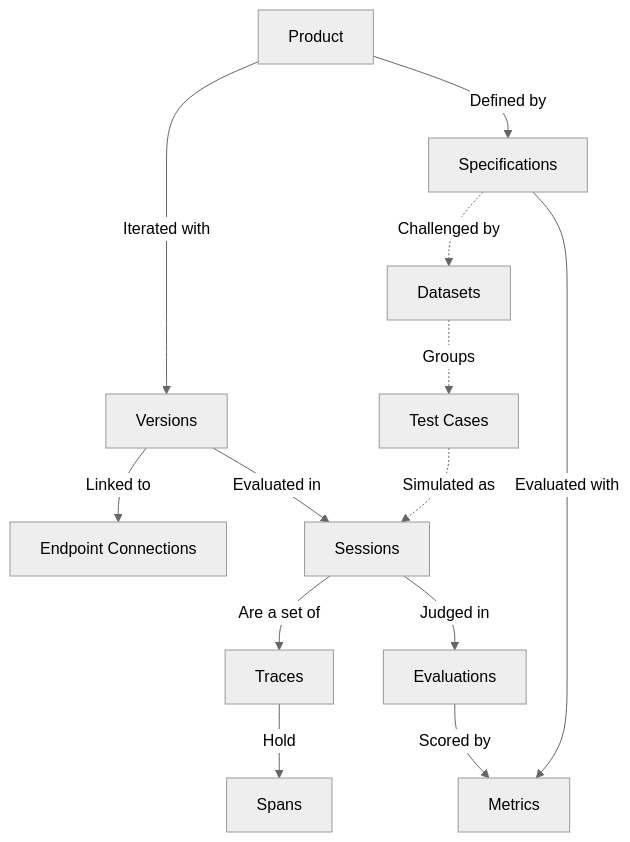
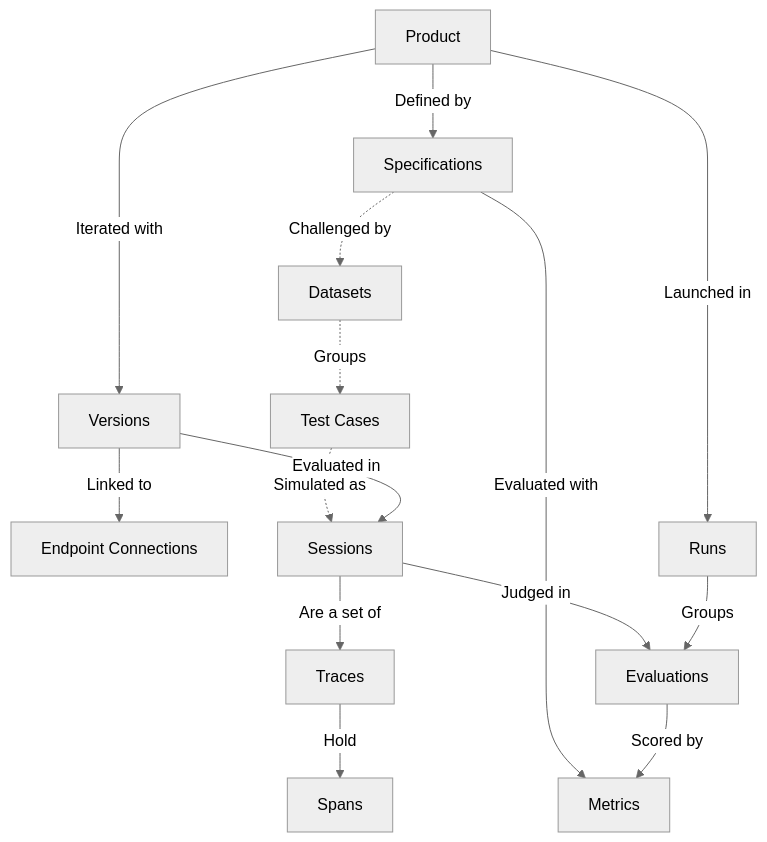
Before and after one commit to Galtea-AI/docs: the diagram in concepts/overview.mdx, drawn with Mermaid. The commit also changed other lines of this file and 116 other files, not shown here.

````diff
--- a/concepts/overview.mdx
+++ b/concepts/overview.mdx
@@ -24,29 +25,33 @@
 ```mermaid
 %%{init: {"theme": "neutral"}}%%
 flowchart TD
     P[Product]
     T[Datasets]
     Spec[Specifications]
     V[Versions]
     EC[Endpoint Connections]
     TC[Test Cases]
     S[Sessions]
     Sp[Spans]
     Tr[Traces]
     E[Evaluations]
     M[Metrics]
+    R[Runs]
 
     P --> |Defined by| Spec
     Spec -.-> |Challenged by| T
     T -.-> |Groups| TC
     TC -.-> |Simulated as| S
     S --> |Are a set of| Tr
     Tr --> |Hold| Sp
     S --> |Judged in| E
     Spec --> |Evaluated with| M
     E --> |Scored by| M
 
     P --> |Iterated with| V
     V --> |Linked to| EC
     V --> |Evaluated in| S
+
+    P --> |Launched in| R
+    R --> |Groups| E
 ```
````
